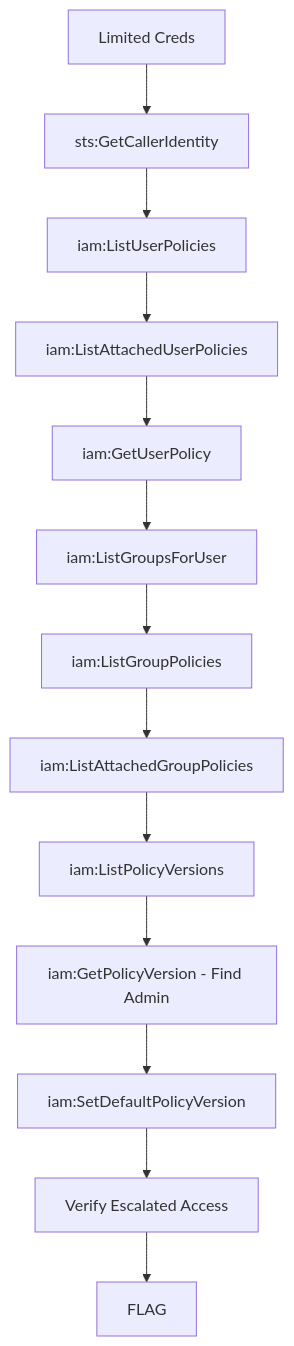
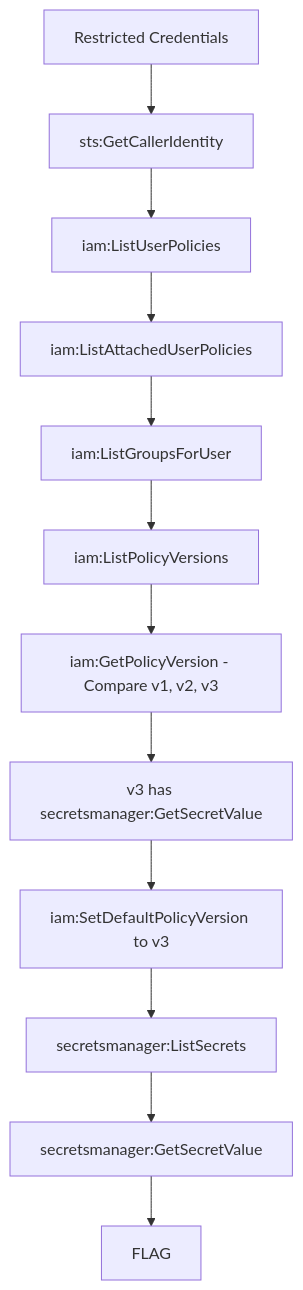
One commit to Beaver-Dam-Community/GnawLab changed the diagram in scenarios/aws/01-beginner/02-single-hop-combo/policy-rollback/README.md. Above: the diagram before and after it, drawn with Mermaid. The commit also changed other lines of this file and 36 other files, not shown here.

````diff
--- a/scenarios/aws/01-beginner/02-single-hop-combo/policy-rollback/README.md
+++ b/scenarios/aws/01-beginner/02-single-hop-combo/policy-rollback/README.md
@@ -50,15 +56,14 @@
 ```mermaid
 flowchart TB
-    A[Limited Creds] --> B[sts:GetCallerIdentity]
+    A[Restricted Credentials] --> B[sts:GetCallerIdentity]
     B --> C[iam:ListUserPolicies]
     C --> D[iam:ListAttachedUserPolicies]
-    D --> E[iam:GetUserPolicy]
-    E --> F[iam:ListGroupsForUser]
-    F --> G[iam:ListGroupPolicies]
-    G --> H[iam:ListAttachedGroupPolicies]
-    H --> I[iam:ListPolicyVersions]
-    I --> J[iam:GetPolicyVersion - Find Admin]
-    J --> K[iam:SetDefaultPolicyVersion]
-    K --> L[Verify Escalated Access]
-    L --> M[FLAG]
+    D --> E[iam:ListGroupsForUser]
+    E --> F[iam:ListPolicyVersions]
+    F --> G[iam:GetPolicyVersion - Compare v1, v2, v3]
+    G --> H[v3 has secretsmanager:GetSecretValue]
+    H --> I[iam:SetDefaultPolicyVersion to v3]
+    I --> J[secretsmanager:ListSecrets]
+    J --> K[secretsmanager:GetSecretValue]
+    K --> L[FLAG]
 ```
````
